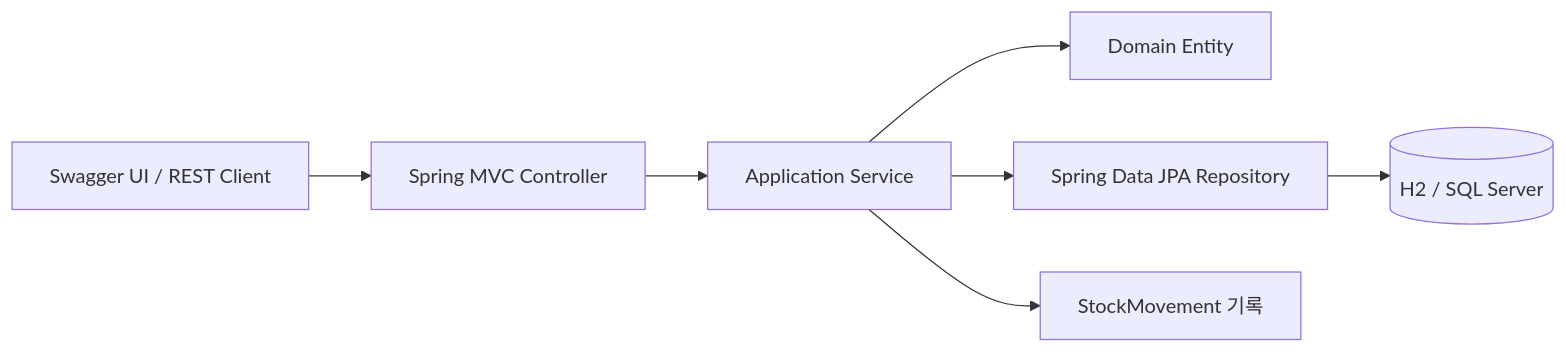
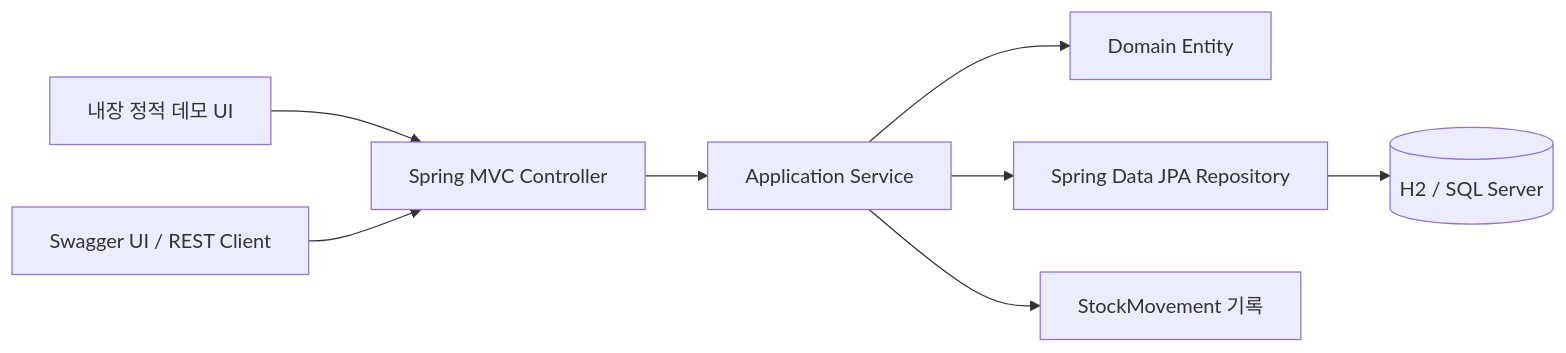
One commit to krapnuyij/logiops changed the second of 2 diagrams in README.md. Above: the diagram before and after it, drawn with Mermaid. The commit also changed other lines of this file and 11 other files, not shown here.

````diff
--- a/README.md
+++ b/README.md
@@ -40,9 +43,10 @@
 ```mermaid
 flowchart LR
-    Client[Swagger UI / REST Client] --> Controller[Spring MVC Controller]
+    Demo[내장 정적 데모 UI] --> Controller[Spring MVC Controller]
+    Client[Swagger UI / REST Client] --> Controller
     Controller --> Service[Application Service]
     Service --> Domain[Domain Entity]
     Service --> Repository[Spring Data JPA Repository]
     Repository --> DB[(H2 / SQL Server)]
     Service --> Movement[StockMovement 기록]
 ```
````
